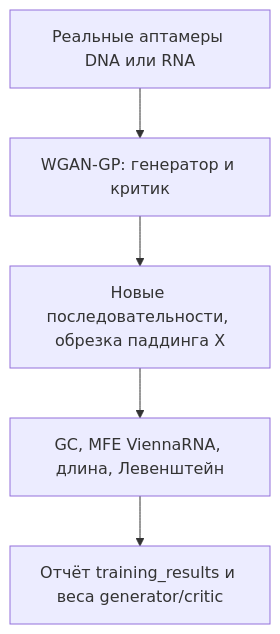
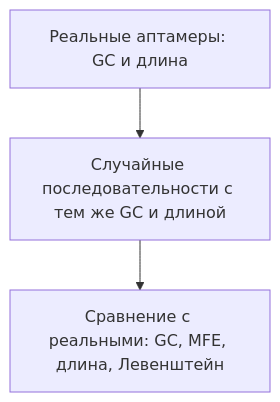
One commit to EvgenyBrilenkov/AptamerInSilico-Generation-Validation changed the first of 2 diagrams in docs/ml_system_design_doc.md. Above: the diagram before and after it, drawn with Mermaid. The commit also changed other lines of this file, not shown here.

````diff
--- a/docs/ml_system_design_doc.md
+++ b/docs/ml_system_design_doc.md
@@ -102,9 +106,7 @@
 ```mermaid
 flowchart TD
-  realSeq["Реальные аптамеры DNA или RNA"]
-  wgan["WGAN-GP: генератор и критик"]
-  sample["Новые последовательности, обрезка паддинга X"]
-  filters["GC, MFE ViennaRNA, длина, Левенштейн"]
-  report["Отчёт training_results и веса generator/critic"]
-  realSeq --> wgan --> sample --> filters --> report
+  realSeq["Реальные аптамеры: GC и длина"]
+  randomSeq["Случайные последовательности с тем же GC и длиной"]
+  metrics["Сравнение с реальными: GC, MFE, длина, Левенштейн"]
+  realSeq --> randomSeq --> metrics
 ```
````
